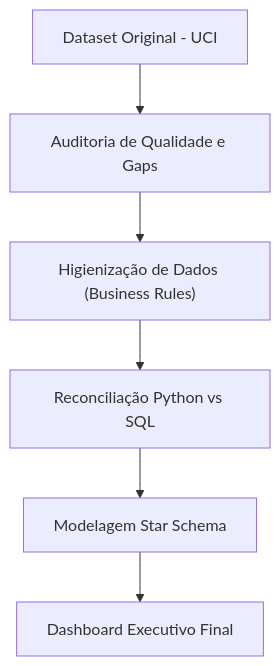
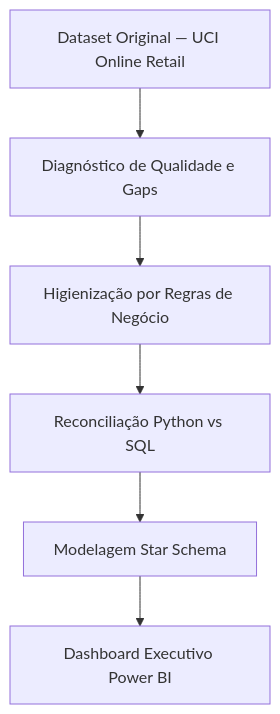
The diagram in README.md (Nayanearaujo/Retail-Performance-Analytics), drawn with Mermaid before and after one commit. The commit also changed other lines of this file, not shown here.

Commit message:
docs: rewrite README with audited KPIs, full Power BI section and DAX measures table

````diff
--- a/README.md
+++ b/README.md
@@ -61,8 +60,8 @@
 ```mermaid
 flowchart TD
-    A[Dataset Original - UCI] --> B[Auditoria de Qualidade e Gaps]
-    B --> C["Higienização de Dados (Business Rules)"]
+    A[Dataset Original — UCI Online Retail] --> B[Diagnóstico de Qualidade e Gaps]
+    B --> C[Higienização por Regras de Negócio]
     C --> D[Reconciliação Python vs SQL]
     D --> E[Modelagem Star Schema]
-    E --> F[Dashboard Executivo Final]
+    E --> F[Dashboard Executivo Power BI]
 ```
````
